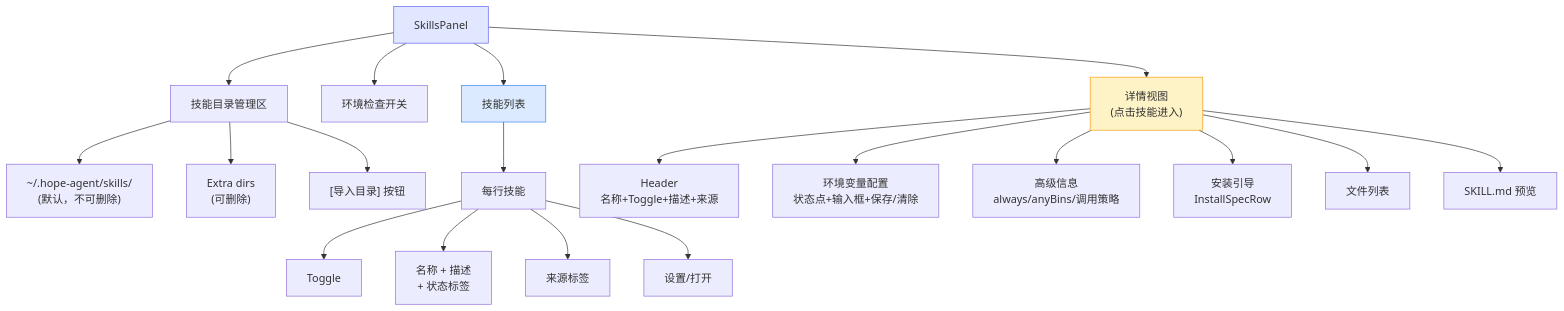
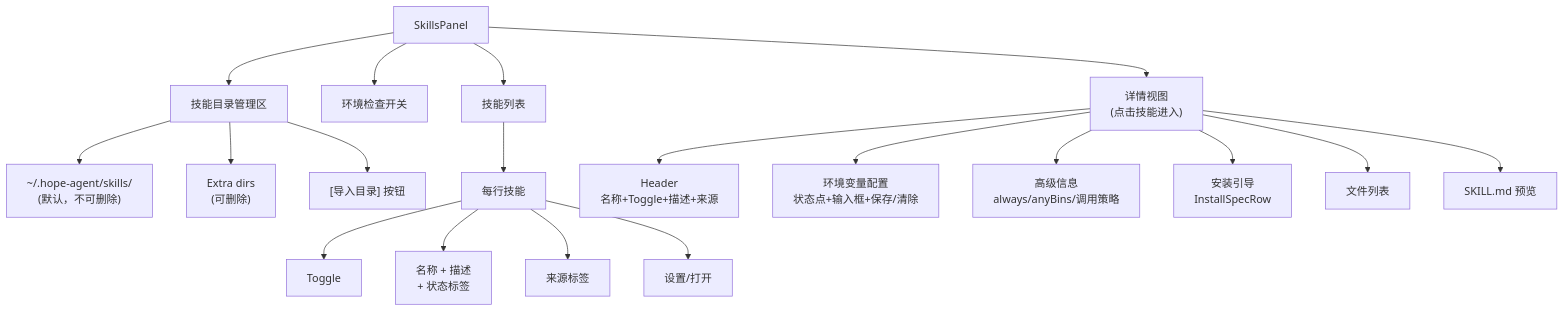
One commit to shiwenwen/hope-agent changed diagram 15 of 18 in docs/architecture/skill-system.md. Above: the diagram before and after it, drawn with Mermaid. The commit also changed other lines of this file and 13 other files, not shown here.

First line of the commit message:
docs: 移除 mermaid 图表中的自定义背景色填充

````diff
--- a/docs/architecture/skill-system.md
+++ b/docs/architecture/skill-system.md
@@ -1308,30 +1283,27 @@
 ```mermaid
 graph TD
     SP["SkillsPanel"]
 
     SP --> DIR["技能目录管理区"]
     DIR --> DIR1["~/.hope-agent/skills/<br/>(默认，不可删除)"]
     DIR --> DIR2["Extra dirs<br/>(可删除)"]
     DIR --> DIR3["[导入目录] 按钮"]
 
     SP --> ENV_TOGGLE["环境检查开关"]
 
     SP --> LIST["技能列表"]
     LIST --> ROW["每行技能"]
     ROW --> R1["Toggle"]
     ROW --> R2["名称 + 描述<br/>+ 状态标签"]
     ROW --> R3["来源标签"]
     ROW --> R4["设置/打开"]
 
     SP --> DETAIL["详情视图<br/>(点击技能进入)"]
     DETAIL --> D1["Header<br/>名称+Toggle+描述+来源"]
     DETAIL --> D2["环境变量配置<br/>状态点+输入框+保存/清除"]
     DETAIL --> D3["高级信息<br/>always/anyBins/调用策略"]
     DETAIL --> D4["安装引导<br/>InstallSpecRow"]
     DETAIL --> D5["文件列表"]
     DETAIL --> D6["SKILL.md 预览"]
 
-    style SP fill:#e0e7ff,stroke:#6366f1
-    style LIST fill:#dbeafe,stroke:#3b82f6
-    style DETAIL fill:#fef3c7,stroke:#f59e0b
 ```
````
